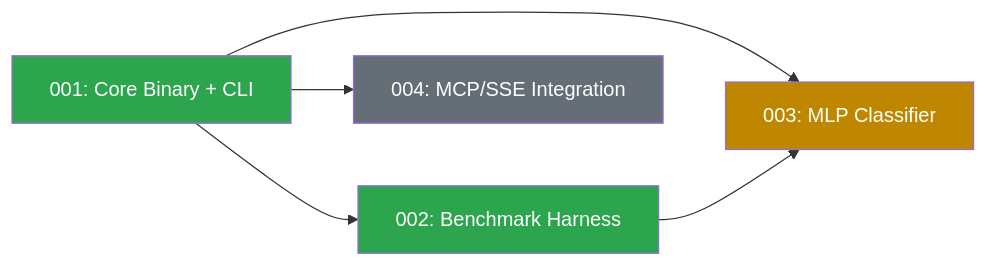
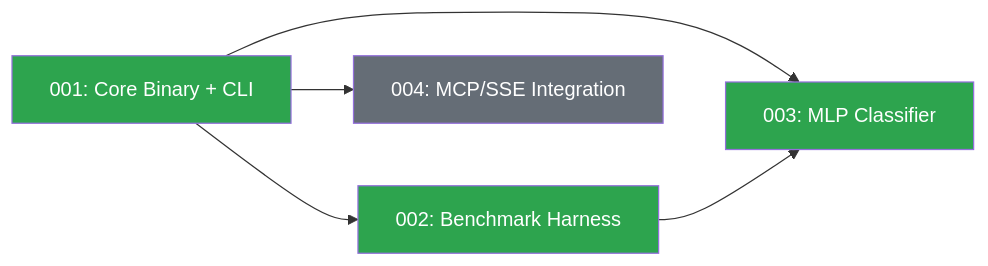
One commit to srobroek/computer-says-no changed the diagram in docs/spec-dependency-graph.md. Above: the diagram before and after it, drawn with Mermaid. The commit also changed other lines of this file, not shown here.

Commit message:
docs: mark 003-mlp-classifier as done in dep graph (T026, #96)

````diff
--- a/docs/spec-dependency-graph.md
+++ b/docs/spec-dependency-graph.md
@@ -3,16 +3,16 @@
 ```mermaid
 graph LR
     001[001: Core Binary + CLI]:::done
     002[002: Benchmark Harness]:::done
-    003[003: MLP Classifier]:::ready
+    003[003: MLP Classifier]:::done
     004[004: MCP/SSE Integration]:::future
 
     001 --> 002
     001 --> 003
     001 --> 004
     002 --> 003
 
     classDef done fill:#2da44e,color:#fff
     classDef ready fill:#bf8700,color:#fff
     classDef future fill:#656d76,color:#fff
 ```
````
